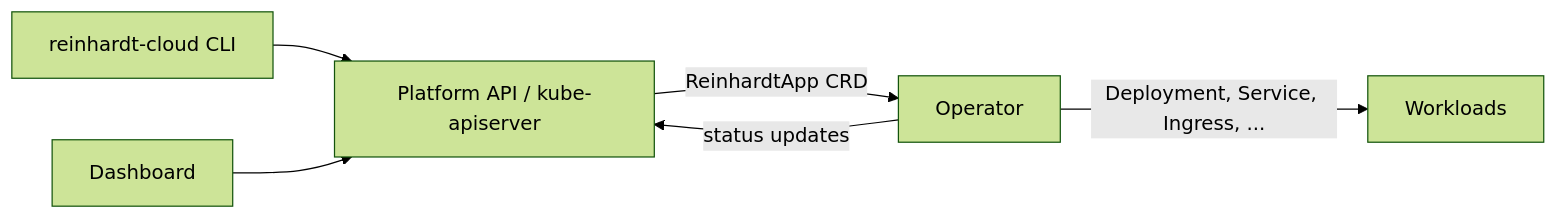
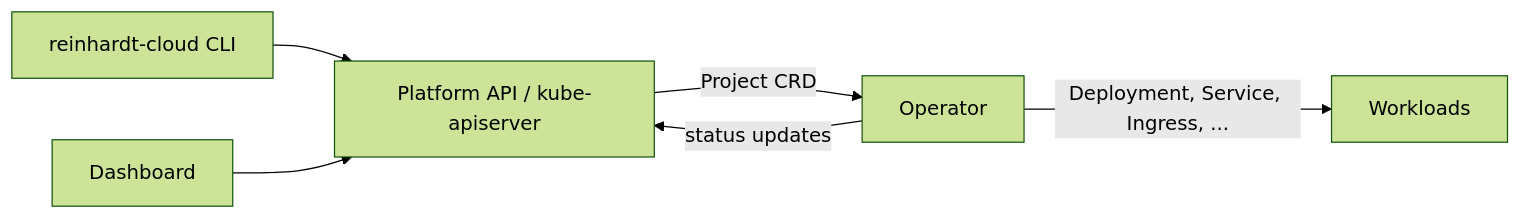
Before and after one commit to kent8192/reinhardt-cloud: the first of 2 diagrams in docs/tools/operator.md, drawn with Mermaid (forest theme). The commit also changed other lines of this file and 135 other files, not shown here.

First line of the commit message:
refactor!: rename user-facing app concepts to project

````diff
--- a/docs/tools/operator.md
+++ b/docs/tools/operator.md
@@ -25,8 +25,8 @@
 ```mermaid
 flowchart LR
     CLI[reinhardt-cloud CLI] --> API[Platform API / kube-apiserver]
     Dashboard --> API
-    API -->|ReinhardtApp CRD| Operator
+    API -->|Project CRD| Operator
     Operator -->|Deployment, Service, Ingress, ...| Workloads
     Operator -->|status updates| API
 ```
````
